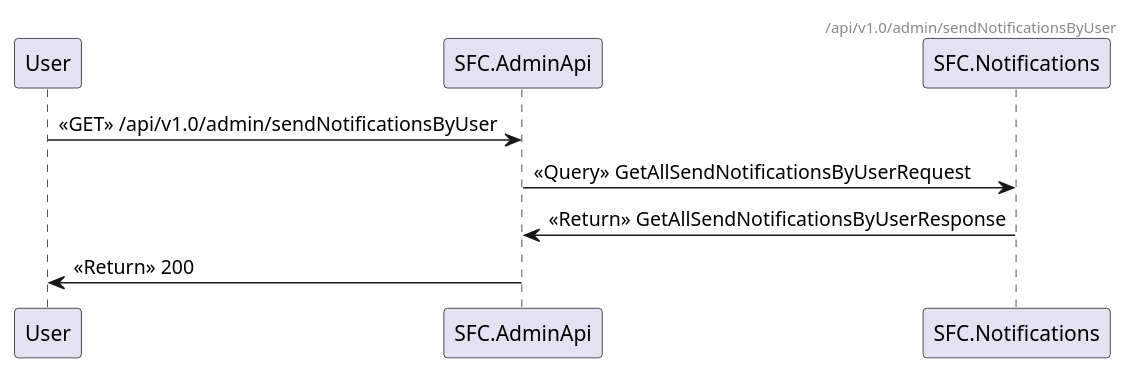
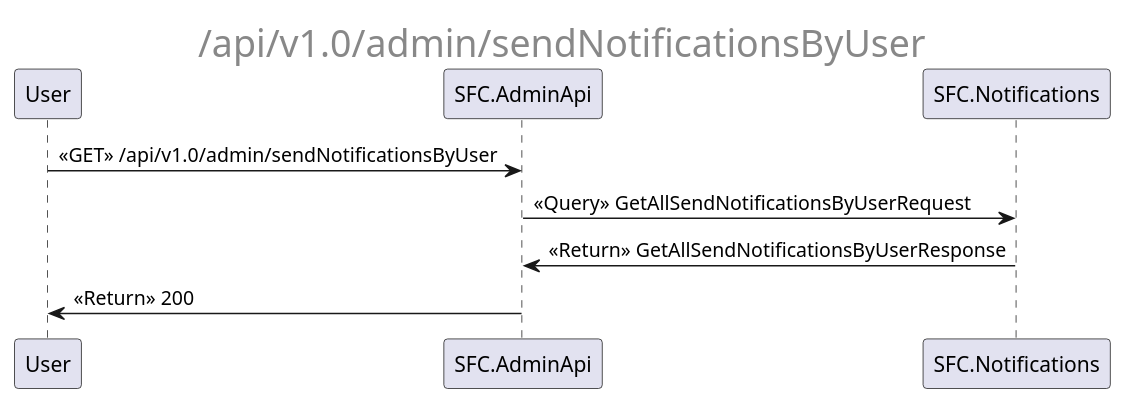
The diagram in docs/ArchitectureDocumentation/_api_v1.0_admin_sendNotificationsByUser.puml (mr0zek/SmogFightClub), drawn with PlantUML before and after one commit. The commit also changed 9 other files, not shown here.

```diff
--- a/docs/ArchitectureDocumentation/_api_v1.0_admin_sendNotificationsByUser.puml
+++ b/docs/ArchitectureDocumentation/_api_v1.0_admin_sendNotificationsByUser.puml
@@ -1,7 +1,7 @@
 @startuml
-header /api/v1.0/admin/sendNotificationsByUser
+center header <font size=25>/api/v1.0/admin/sendNotificationsByUser</font>
 User -> SFC.AdminApi : <<GET>> /api/v1.0/admin/sendNotificationsByUser
 SFC.AdminApi -> SFC.Notifications : <<Query>> GetAllSendNotificationsByUserRequest
 SFC.Notifications -> SFC.AdminApi : <<Return>> GetAllSendNotificationsByUserResponse
 SFC.AdminApi -> User: <<Return>> 200
 @enduml
```
